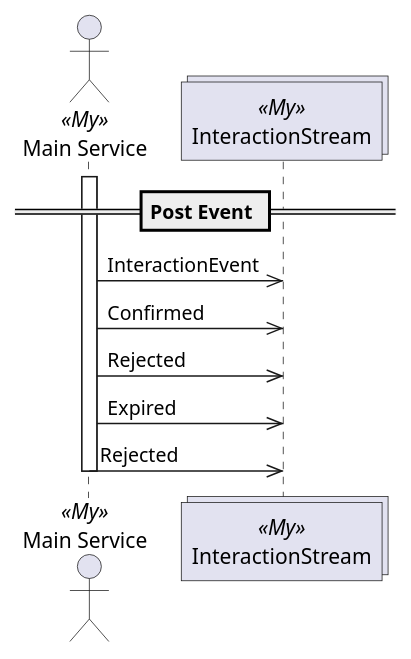
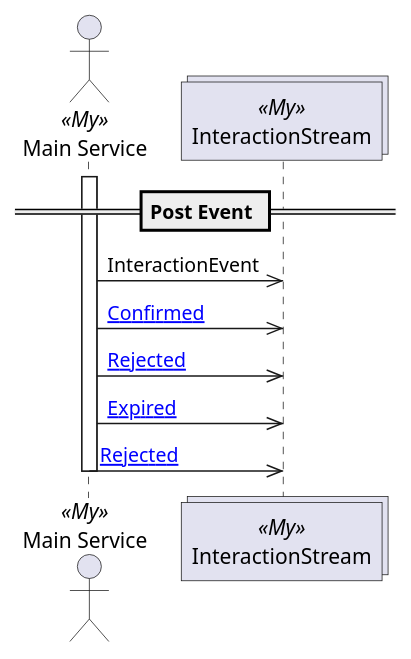
Before and after one commit to TypedUseCase/tuc-console: the diagram in docs/tuc/examples/post-event.puml, drawn with PlantUML. The commit also changed 16 other files, not shown here.

```diff
--- a/docs/tuc/examples/post-event.puml
+++ b/docs/tuc/examples/post-event.puml
@@ -1,17 +1,17 @@
 @startuml post-event
 
 == Post Event ==
 
 actor "Main Service" as MainService <<My>>
 collections "InteractionStream" as InteractionStream <<My>>
 
 activate MainService
 MainService ->> InteractionStream: InteractionEvent
-MainService ->> InteractionStream: Confirmed
-MainService ->> InteractionStream: Rejected
-MainService ->> InteractionStream: Expired
-MainService ->> InteractionStream: Rejected
+MainService ->> InteractionStream: [[{InteractionEvent.Confirmed}Confirmed]]
+MainService ->> InteractionStream: [[{InteractionEvent.Rejected}Rejected]]
+MainService ->> InteractionStream: [[{InteractionEvent.Rejected.Expired}Expired]]
+MainService ->> InteractionStream: [[{InteractionEvent.Rejected.Rejected}Rejected]]
 
 deactivate MainService
 
 @enduml
```
